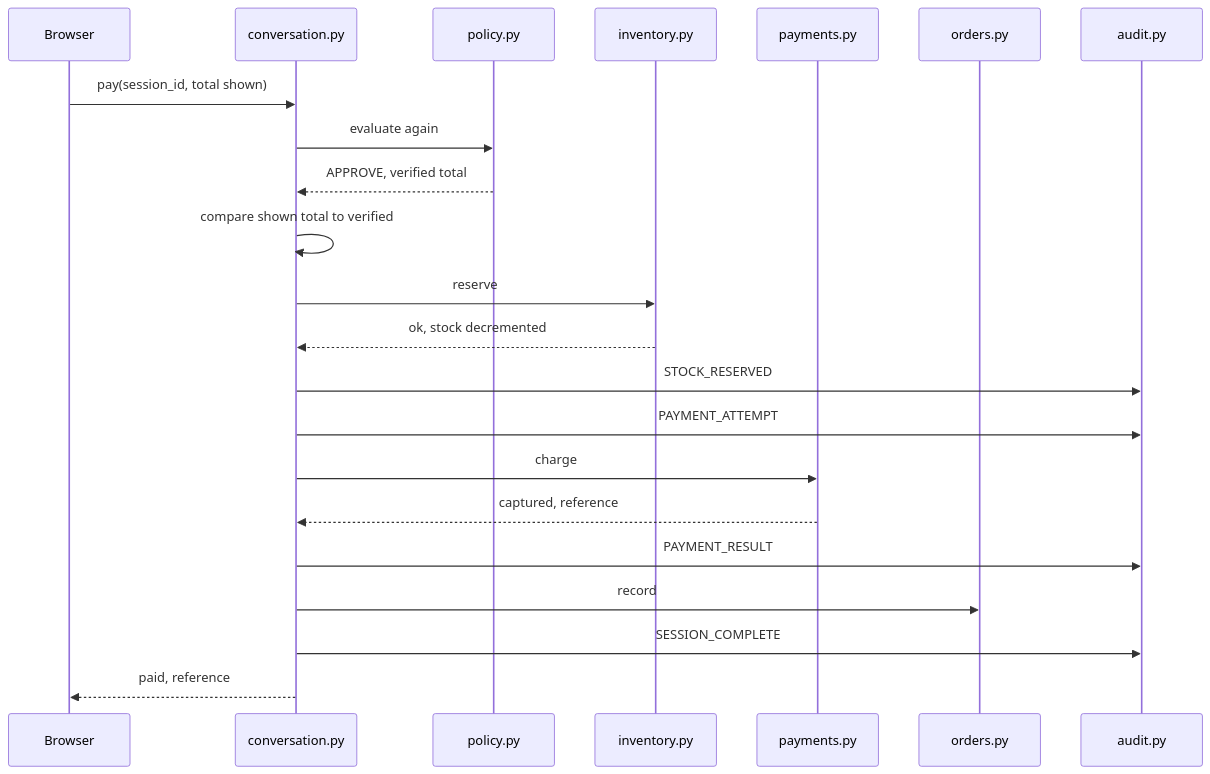
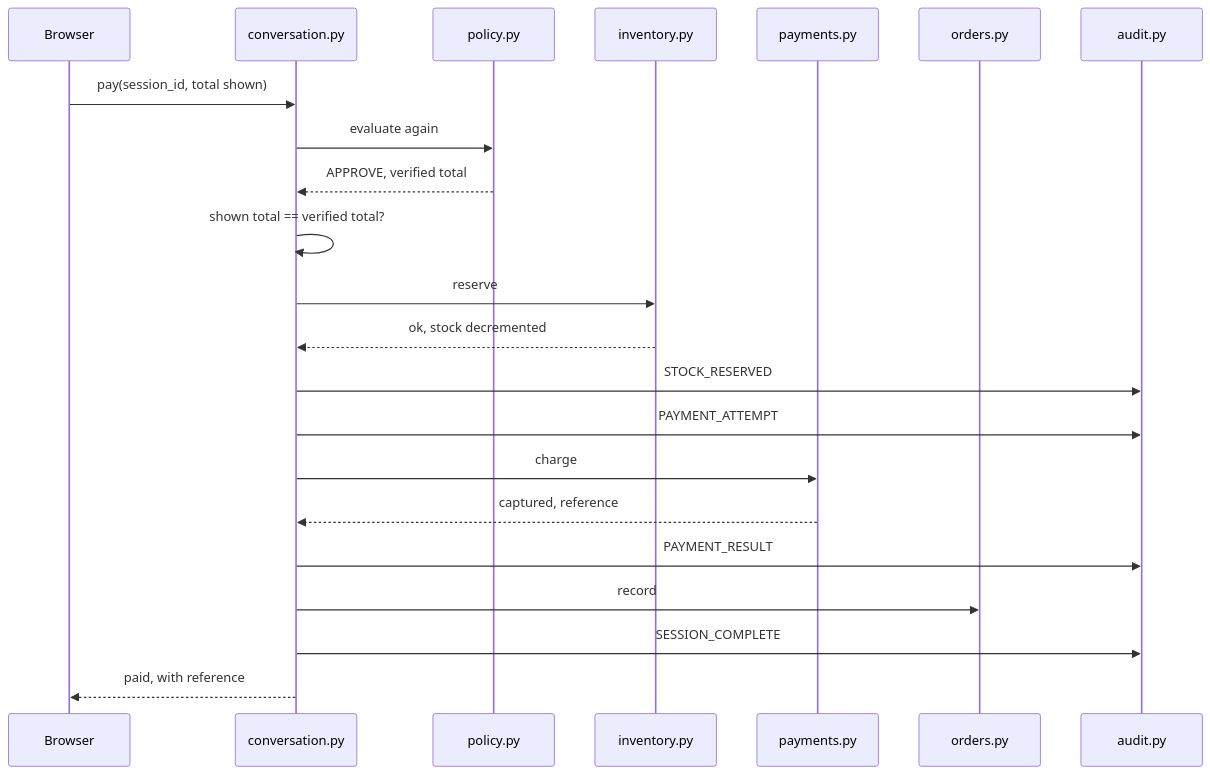
One commit to akriti706/Agentic-Bakery changed the fifth of 8 diagrams in ARCHITECTURE.MD. Above: the diagram before and after it, drawn with Mermaid. The commit also changed other lines of this file and 2 other files, not shown here.

````diff
--- a/ARCHITECTURE.MD
+++ b/ARCHITECTURE.MD
@@ -262,25 +259,25 @@
 ```mermaid
 sequenceDiagram
     participant U as Browser
     participant C as conversation.py
     participant P as policy.py
     participant I as inventory.py
     participant PAY as payments.py
     participant O as orders.py
     participant AU as audit.py
 
     U->>C: pay(session_id, total shown)
     C->>P: evaluate again
     P-->>C: APPROVE, verified total
-    C->>C: compare shown total to verified
+    C->>C: shown total == verified total?
     C->>I: reserve
     I-->>C: ok, stock decremented
     C->>AU: STOCK_RESERVED
     C->>AU: PAYMENT_ATTEMPT
     C->>PAY: charge
     PAY-->>C: captured, reference
     C->>AU: PAYMENT_RESULT
     C->>O: record
     C->>AU: SESSION_COMPLETE
-    C-->>U: paid, reference
+    C-->>U: paid, with reference
 ```
````
